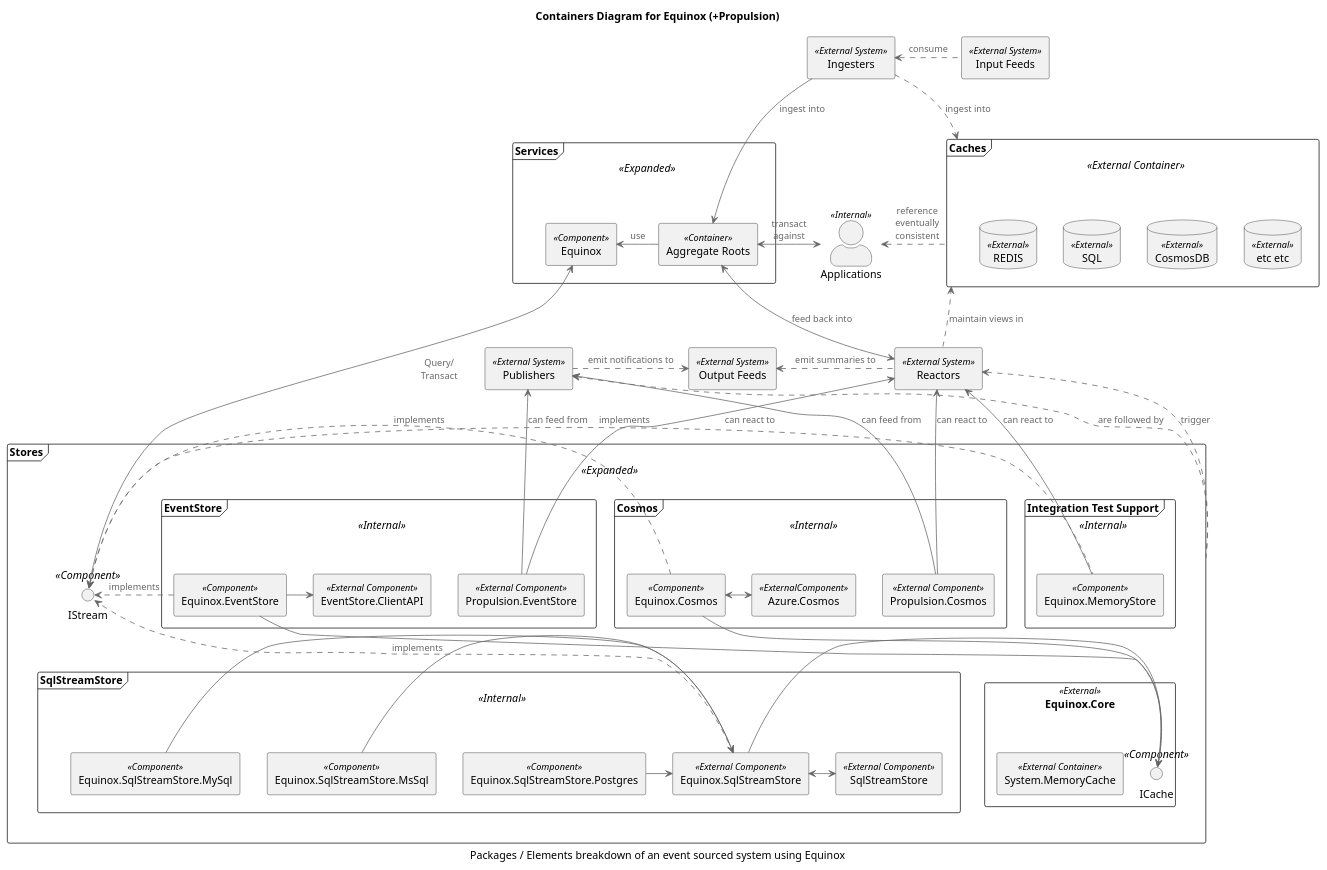
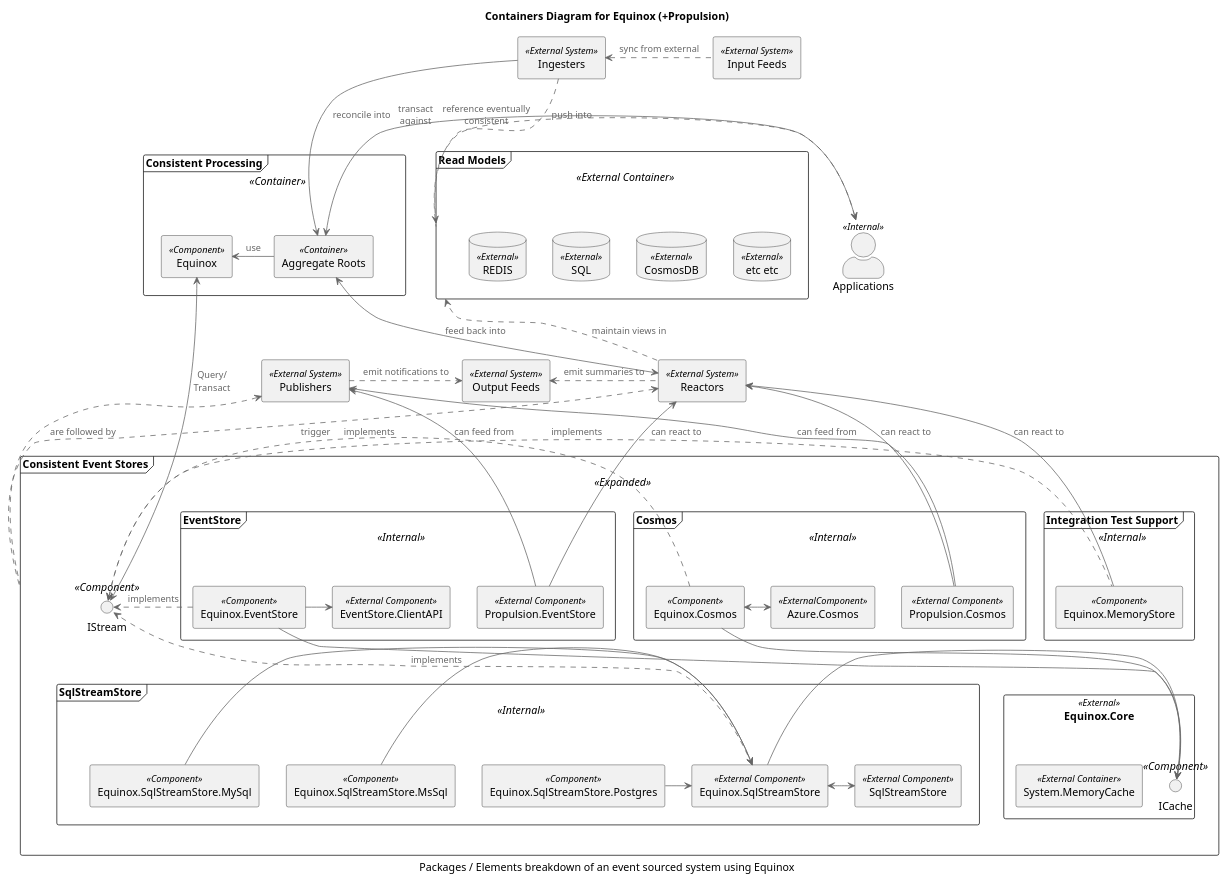
One commit to jet/equinox changed the diagram in diagrams/container.puml. Above: the diagram before and after it, drawn with PlantUML.

```diff
--- a/diagrams/container.puml
+++ b/diagrams/container.puml
@@ -1,102 +1,103 @@
 @startuml
 !includeurl https://raw.githubusercontent.com/skleanthous/C4-PlantumlSkin/master/build/output/c4.puml
 
 title Containers Diagram for Equinox (+Propulsion)
 caption Packages / Elements breakdown of an event sourced system using Equinox
 
+actor "Applications" as apps <<Internal>>
 together {
-    frame "Caches" <<External Container>> as caches {
-        database "REDIS"    as red <<External>>
-        database "SQL"      as sql <<External>>
-        database "CosmosDB" as cdb <<External>>
-        database "etc etc"  as etc <<External>>
-    }
-    frame "Services" <<Expanded>> as services {
-        rectangle "Equinox" <<Component>> as equinox
-        rectangle "Aggregate Roots" as Aggregates <<Container>>
-    }
-    actor "Applications" as apps <<Internal>>
+frame "Read Models" <<External Container>> as caches {
+    database "REDIS"    as red <<External>>
+    database "SQL"      as sql <<External>>
+    database "CosmosDB" as cdb <<External>>
+    database "etc etc"  as etc <<External>>
 }
-
+frame "Consistent Processing" <<Container>> as services {
+    rectangle "Equinox" <<Component>> as equinox
+    rectangle "Aggregate Roots" as Aggregates <<Container>>
+}
+}
 rectangle "Ingesters" as ingesters <<External System>> 
 rectangle "Input Feeds" as sources <<External System>> 
 rectangle "Publishers" as projectors <<External System>> 
 rectangle "Output Feeds" as sinks <<External System>> 
 rectangle "Reactors" as reactors <<External System>> 
 
-frame "Stores" as stores <<Expanded>> {
+frame "Consistent Event Stores" as stores <<Expanded>> {
     frame "Cosmos" as cosmos <<Internal>> {
         rectangle "Equinox.Cosmos" <<Component>> as cs
         rectangle "Propulsion.Cosmos" <<External Component>> as cfp
         rectangle "Azure.Cosmos" <<ExternalComponent>> as cc
     }
     frame "EventStore" <<Internal>> {
         rectangle "Equinox.EventStore" <<Component>> as es
         rectangle "Propulsion.EventStore" <<External Component>> as all
         rectangle "EventStore.ClientAPI" <<External Component>> as esc
     }
     frame "Integration Test Support" <<Internal>> {
         rectangle "Equinox.MemoryStore" <<Component>> as ms 
     }
     interface IStream <<Component>>
     rectangle "Equinox.Core" as core <<External>> {
         rectangle "System.MemoryCache" <<External Container>>
         interface ICache <<Component>>
     }
     frame "SqlStreamStore" as ssss <<Internal>> {
         rectangle "Equinox.SqlStreamStore.MsSql" <<Component>> as ssm
         rectangle "Equinox.SqlStreamStore.MySql" <<Component>> as ssy
         rectangle "Equinox.SqlStreamStore.Postgres" <<Component>> as ssp
         rectangle "Equinox.SqlStreamStore" <<External Component>> as sss
         rectangle "SqlStreamStore" <<External Component>>
     }
 }
 
 Aggregates   -> equinox    : use
 equinox     <-> IStream    : Query/\nTransact
 
-ingesters  <.R. sources    : consume
-ingesters    -> Aggregates : ingest into
-ingesters  .D.> caches     : ingest into
+ingesters  <.R. sources    : sync from external
+ingesters    --> Aggregates : reconcile into
+ingesters  .> caches     : push into
 
-apps       <.   caches     : reference\neventually\nconsistent
+apps       <.   caches     : reference eventually consistent
 apps        <-> Aggregates : transact\nagainst
 
 stores     .U.> projectors : are followed by
 stores     .U.> reactors   : trigger
 
 projectors   .> sinks      : emit notifications to
 projectors <--  cfp        : can feed from
 projectors <--  all        : can feed from
 
 reactors  <-U-> Aggregates : feed back into
 reactors   .L.> sinks      : emit summaries to
 reactors   .U.> caches     : maintain views in
 reactors   <-   ms         : can react to
 reactors   <-   cfp        : can react to
 reactors   <-   all        : can react to
 
 ms         .L.> IStream    : implements
 es           -> ICache
 es           .> IStream    : implements
 es           -> esc
 cs          --> ICache
 cs           .> IStream    : implements
 cs          <-> cc
 sss          -> ICache
 sss          .> IStream    : implements
 
 ssm          -> sss
 ssy          -> sss
 ssp          -> sss
 sss         <-> SqlStreamStore
 
+caches     -[hidden]R-> stores
+apps       -[hidden]R-> services
 ingesters  -[hidden]D-> apps
 projectors -[hidden]D-> es
 projectors -[hidden]U-> services
 IStream    -[hidden]D-> ssss
 red        -[hidden]R-> sql
 sql        -[hidden]R-> cdb
 cdb        -[hidden]R-> etc
 
 @enduml
```
